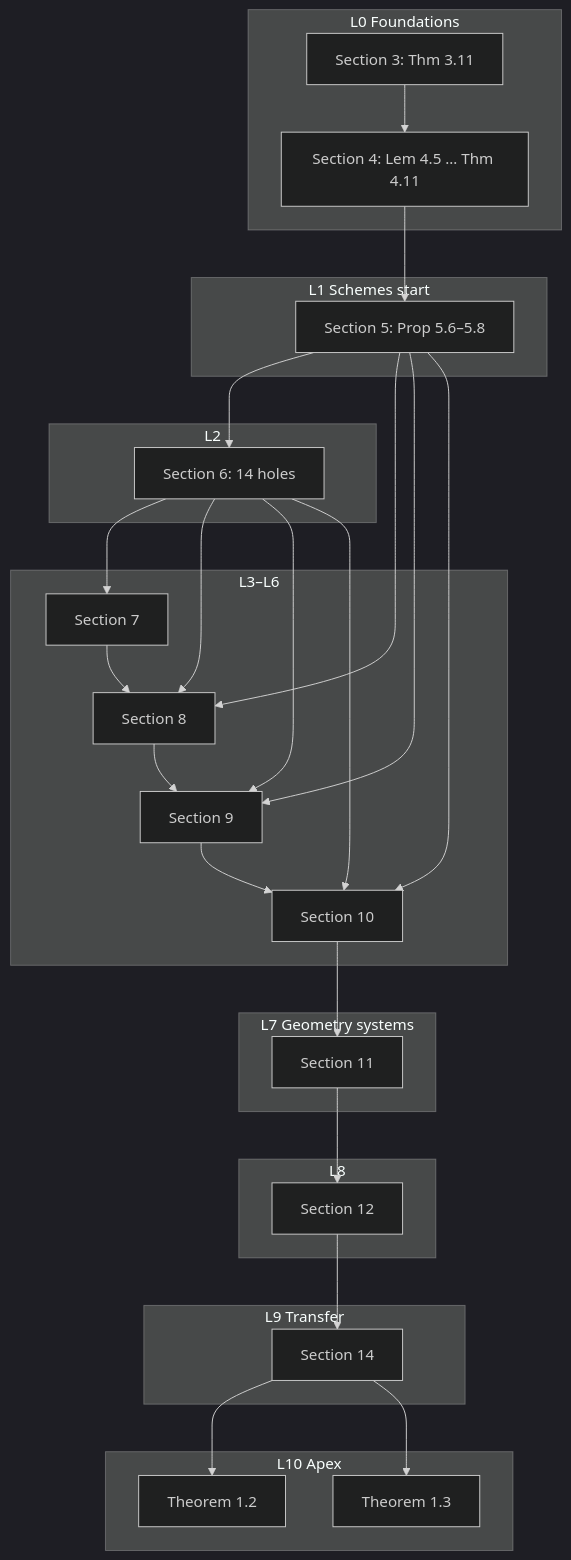
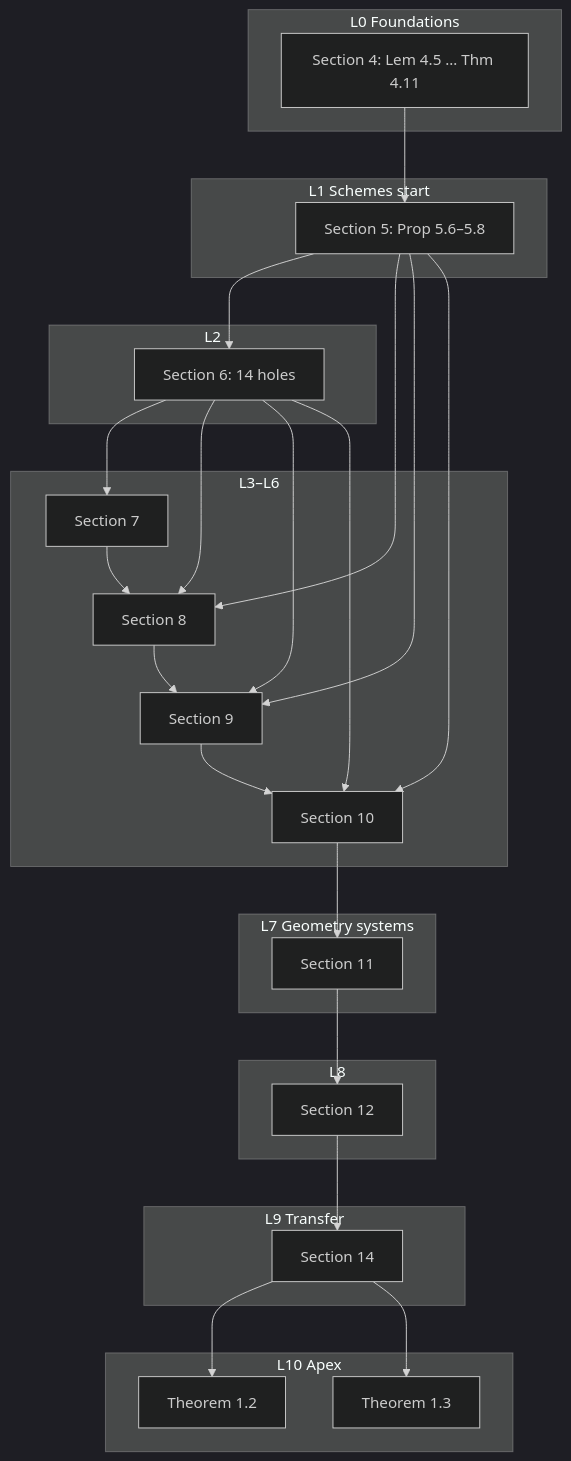
One commit to catskillsresearch/aec changed the diagram in HOLES.md. Above: the diagram before and after it, drawn with Mermaid (dark theme). The commit also changed other lines of this file and 7 other files, not shown here.

````diff
--- a/HOLES.md
+++ b/HOLES.md
@@ -51,42 +51,40 @@
 ```mermaid
 flowchart TD
   subgraph L0 [L0 Foundations]
-    S3["Section 3: Thm 3.11"]
     S4["Section 4: Lem 4.5 … Thm 4.11"]
   end
   subgraph L1 [L1 Schemes start]
     S5["Section 5: Prop 5.6–5.8"]
   end
   subgraph L2 [L2]
     S6["Section 6: 14 holes"]
   end
   subgraph L3to6 [L3–L6]
     S7["Section 7"]
     S8["Section 8"]
     S9["Section 9"]
     S10["Section 10"]
   end
   subgraph L7 [L7 Geometry systems]
     S11["Section 11"]
   end
   subgraph L8 [L8]
     S12["Section 12"]
   end
   subgraph L9 [L9 Transfer]
     S14["Section 14"]
   end
   subgraph L10 [L10 Apex]
     T12["Theorem 1.2"]
     T13["Theorem 1.3"]
   end
-  S3 --> S4
   S4 --> S5 --> S6 --> S7 --> S8 --> S9 --> S10
   S5 --> S8
   S5 --> S9
   S5 --> S10
   S6 --> S8
   S6 --> S9
   S6 --> S10
   S10 --> S11 --> S12 --> S14 --> T12
   S14 --> T13
 ```
````
